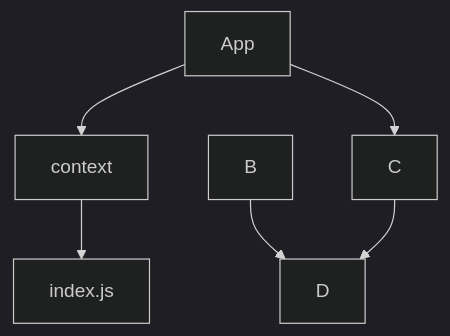
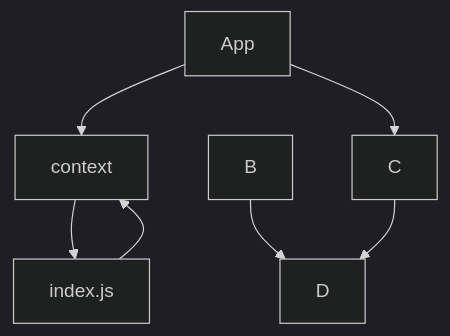
The diagram in README.md (Freeze35/test-react-project), drawn with Mermaid (dark theme) before and after one commit.

````diff
--- a/README.md
+++ b/README.md
@@ -112,7 +112,7 @@
 ```mermaid
 graph TD;
-    App-->context-->index.js;
+    App-->context-->index.js-->context;
     App-->C;
     B-->D;
     C-->D;
 ```
````
